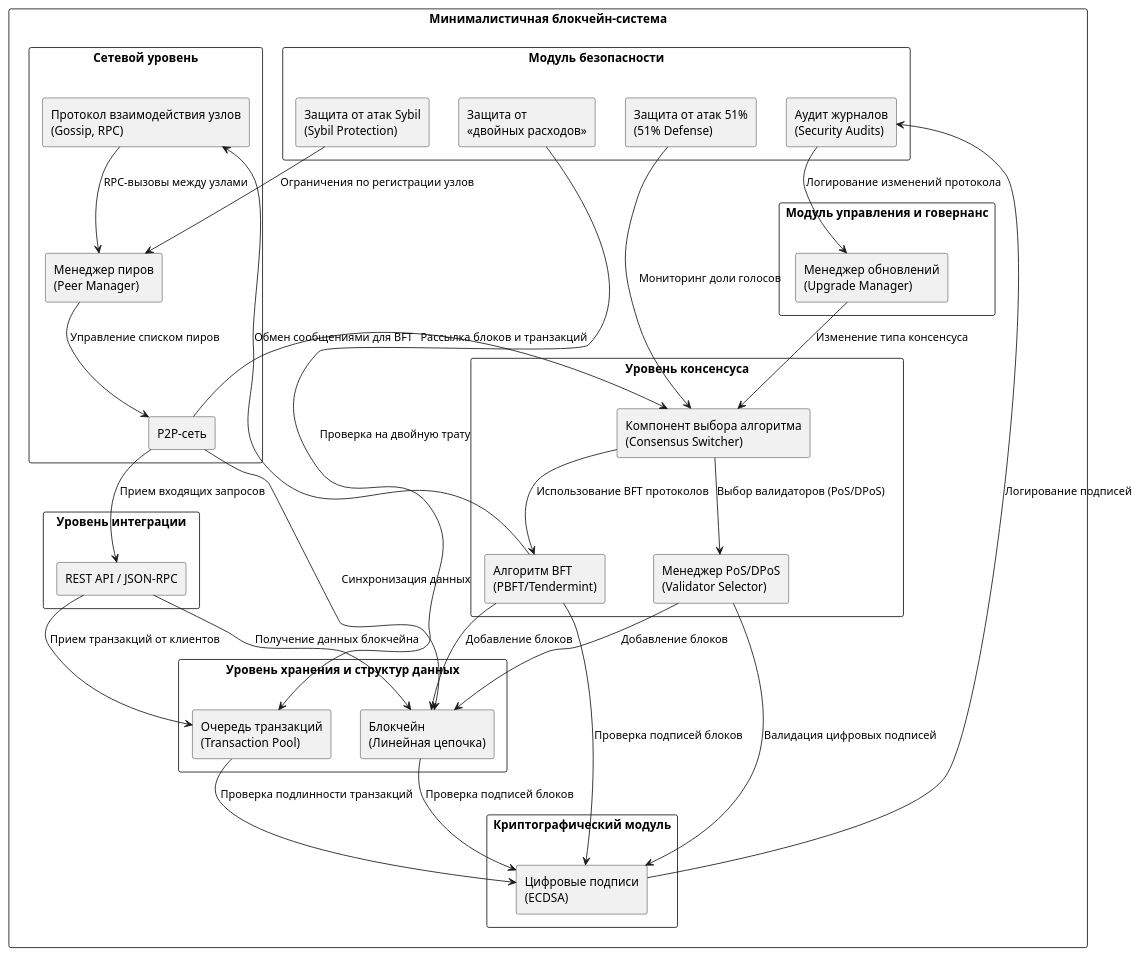
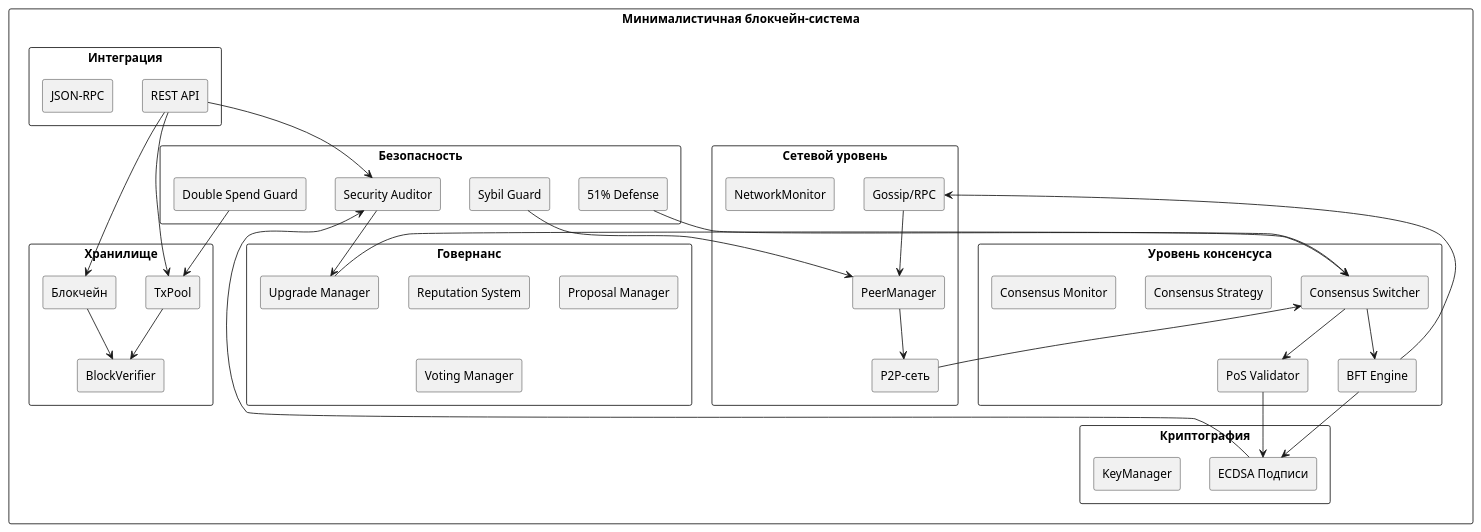
One commit to 0ReC0/blockchain changed the diagram in blockchain/architecture.puml. Above: the diagram before and after it, drawn with PlantUML.

Commit message:
feat(blockchain): обновлена архитектура блокчейна
- Переименованы и упрощены названия компонентов в блоках:
  - `NodeComm` → `GossipRPC`
  - `SignatureModule` → `ECDSA Подписи`
  - и др.
- Добавлены новые компоненты:
  - `NetworkMonitor`, `ConsensusStrategy`, `ConsensusMonitor`, `BlockVerifier`, `KeyManager`, `ReputationSystem`, `ProposalManager`, `VotingManager`, `RESTAPI`, `JSONRPC`.
- Упрощены и обновлены связи между компонентами.

```diff
--- a/blockchain/architecture.puml
+++ b/blockchain/architecture.puml
@@ -1,107 +1,80 @@
 @startuml
 skinparam componentStyle rectangle
 skinparam packageStyle rectangle
 hide empty members
 
-' Top-level system
 package "Минималистичная блокчейн-система" {
-
-  ' --------------------------
-  ' СЕТЕВОЙ УРОВЕНЬ (Network Layer)
-  ' --------------------------
   package "Сетевой уровень" as NetworkLayer {
     [P2P-сеть] as P2PNetwork
-    [Протокол взаимодействия узлов\n(Gossip, RPC)] as NodeComm
-    [Менеджер пиров\n(Peer Manager)] as PeerManager
+    [Gossip/RPC] as GossipRPC
+    [PeerManager] as PeerManager
+    [NetworkMonitor] as NetworkMonitor
   }
 
-  ' --------------------------
-  ' УРОВЕНЬ КОНСЕНСУСА (Consensus Layer)
-  ' --------------------------
   package "Уровень консенсуса" as ConsensusLayer {
-    [Менеджер PoS/DPoS\n(Validator Selector)] as PoSValidator
-    [Алгоритм BFT\n(PBFT/Tendermint)] as BFTEngine
-    [Компонент выбора алгоритма\n(Consensus Switcher)] as ConsensusSwitcher
+    [PoS Validator] as PoSValidator
+    [BFT Engine] as BFTEngine
+    [Consensus Switcher] as ConsensusSwitcher
+    [Consensus Strategy] as ConsensusStrategy
+    [Consensus Monitor] as ConsensusMonitor
   }
 
-  ' --------------------------
-  ' УРОВЕНЬ ХРАНЕНИЯ И СТРУКТУР ДАННЫХ (Data & Storage Layer)
-  ' --------------------------
-  package "Уровень хранения и структур данных" as StorageLayer {
-    [Блокчейн\n(Линейная цепочка)] as BlockchainDB
-    [Очередь транзакций\n(Transaction Pool)] as TxPool
+  package "Хранилище" as StorageLayer {
+    [Блокчейн] as BlockchainDB
+    [TxPool] as TxPool
+    [BlockVerifier] as BlockVerifier
   }
 
-  ' --------------------------
-  ' КРИПТОГРАФИЧЕСКИЙ МОДУЛЬ (Crypto Layer)
-  ' --------------------------
-  package "Криптографический модуль" as CryptoLayer {
-    [Цифровые подписи\n(ECDSA)] as SignatureModule
+  package "Криптография" as CryptoLayer {
+    [ECDSA Подписи] as SignatureModule
+    [KeyManager] as KeyManager
   }
 
-  ' --------------------------
-  ' МОДУЛЬ БЕЗОПАСНОСТИ (Security Layer)
-  ' --------------------------
-  package "Модуль безопасности" as SecurityLayer {
-    [Защита от\n«двойных расходов»] as DoubleSpendGuard
-    [Защита от атак Sybil\n(Sybil Protection)] as SybilGuard
-    [Защита от атак 51%\n(51% Defense)] as FiftyOnePercentGuard
-    [Аудит журналов\n(Security Audits)] as AuditLogs
+  package "Безопасность" as SecurityLayer {
+    [Double Spend Guard] as DoubleSpendGuard
+    [Sybil Guard] as SybilGuard
+    [51% Defense] as FiftyOnePercentGuard
+    [Security Auditor] as AuditLogs
   }
 
-  ' --------------------------
-  ' МОДУЛЬ УПРАВЛЕНИЯ И ГОВЕРНАНС (Governance Layer)
-  ' --------------------------
-  package "Модуль управления и говернанс" as GovernanceLayer {
-    [Менеджер обновлений\n(Upgrade Manager)] as UpgradeManager
+  package "Говернанс" as GovernanceLayer {
+    [Upgrade Manager] as UpgradeManager
+    [Reputation System] as ReputationSystem
+    [Proposal Manager] as ProposalManager
+    [Voting Manager] as VotingManager
   }
 
-  ' --------------------------
-  ' УРОВЕНЬ ИНТЕГРАЦИИ (Integration Layer)
-  ' --------------------------
-  package "Уровень интеграции" as IntegrationLayer {
-    [REST API / JSON-RPC] as APIEndpoint
+  package "Интеграция" as IntegrationLayer {
+    [REST API] as RESTAPI
+    [JSON-RPC] as JSONRPC
   }
+}
 
-  ' --------------------------
-  ' СВЯЗИ МЕЖДУ КОМПОНЕНТАМИ
-  ' --------------------------
+' Связи между слоями
+P2PNetwork --> ConsensusSwitcher
+GossipRPC --> PeerManager
+PeerManager --> P2PNetwork
 
-  ' Сетевой уровень взаимодействует со всеми остальными
-  P2PNetwork        --> ConsensusSwitcher      : "Рассылка блоков и транзакций"
-  P2PNetwork        --> BlockchainDB          : "Синхронизация данных"
-  P2PNetwork        --> APIEndpoint           : "Прием входящих запросов"
-  PeerManager       --> P2PNetwork            : "Управление списком пиров"
-  NodeComm          --> PeerManager           : "RPC-вызовы между узлами"
+ConsensusSwitcher --> PoSValidator
+ConsensusSwitcher --> BFTEngine
+PoSValidator --> SignatureModule
+BFTEngine --> SignatureModule
+BFTEngine --> GossipRPC
 
-  ' Consensus Layer взаимодействует с Crypto и Storage
-  ConsensusSwitcher --> PoSValidator          : "Выбор валидаторов (PoS/DPoS)"
-  ConsensusSwitcher --> BFTEngine             : "Использование BFT протоколов"
-  PoSValidator      --> SignatureModule       : "Валидация цифровых подписей"
-  BFTEngine         --> NodeComm              : "Обмен сообщениями для BFT"
-  BFTEngine         --> SignatureModule       : "Проверка подписей блоков"
-  PoSValidator      --> BlockchainDB          : "Добавление блоков"
-  BFTEngine         --> BlockchainDB          : "Добавление блоков"
+TxPool --> BlockVerifier
+BlockchainDB --> BlockVerifier
 
-  ' Data & Storage Layer взаимодействует с Crypto и TxPool
-  TxPool            --> SignatureModule       : "Проверка подлинности транзакций"
-  BlockchainDB      --> SignatureModule       : "Проверка подписей блоков"
+SignatureModule --> AuditLogs
 
-  ' Crypto Layer взаимодействует с Security
-  SignatureModule   --> AuditLogs             : "Логирование подписей"
+DoubleSpendGuard --> TxPool
+SybilGuard --> PeerManager
+FiftyOnePercentGuard --> ConsensusSwitcher
+AuditLogs --> UpgradeManager
 
-  ' Security Layer взаимодействует с TxPool и Consensus
-  DoubleSpendGuard  --> TxPool                : "Проверка на двойную трату"
-  SybilGuard        --> PeerManager           : "Ограничения по регистрации узлов"
-  FiftyOnePercentGuard --> ConsensusSwitcher  : "Мониторинг доли голосов"
-  AuditLogs         --> UpgradeManager        : "Логирование изменений протокола"
+UpgradeManager --> ConsensusSwitcher
 
-  ' Governance Layer взаимодействует с Consensus
-  UpgradeManager    --> ConsensusSwitcher     : "Изменение типа консенсуса"
+RESTAPI --> TxPool
+RESTAPI --> BlockchainDB
+RESTAPI --> AuditLogs
 
-  ' Integration Layer связывает внешние системы
-  APIEndpoint       --> TxPool                : "Прием транзакций от клиентов"
-  APIEndpoint       --> BlockchainDB          : "Получение данных блокчейна"
-
-}
 @enduml
```
